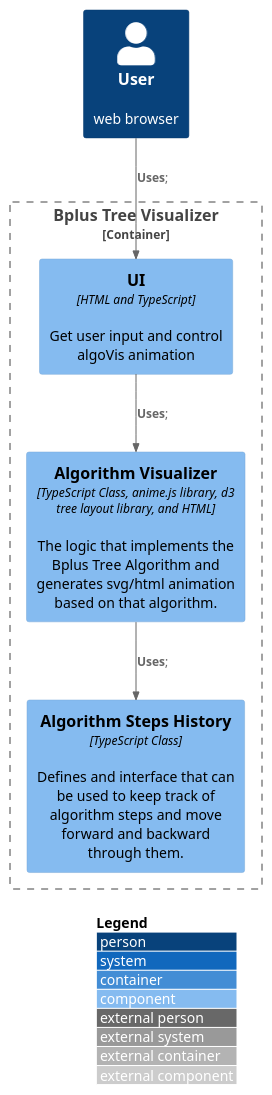
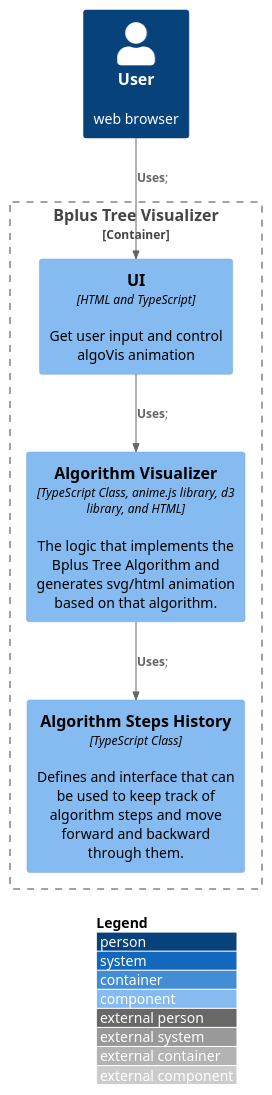
Before and after one commit to TreverHibbs/bplus-tree-vis: the diagram in c4Model/src/bplusTreeVisualizer.puml, drawn with PlantUML. The commit also changed 6 other files, not shown here.

```diff
--- a/c4Model/src/bplusTreeVisualizer.puml
+++ b/c4Model/src/bplusTreeVisualizer.puml
@@ -1,20 +1,20 @@
 @startuml bplusTreeVisualizer
 !include https://raw.githubusercontent.com/adrianvlupu/C4-PlantUML/latest/C4_Component.puml
 
 LAYOUT_WITH_LEGEND()
 
 Person(User, "User", "web browser")
 
 Container_Boundary(webApp, "Bplus Tree Visualizer") {
     Component(UI, "UI", "HTML and TypeScript", "Get user input and control algoVis animation")
-    Component(algoVis, "Algorithm Visualizer", "TypeScript Class, anime.js library, d3 tree layout library, and HTML", "The logic that implements the Bplus Tree Algorithm and generates svg/html animation based on that algorithm.")
+    Component(algoVis, "Algorithm Visualizer", "TypeScript Class, anime.js library, d3 library, and HTML", "The logic that implements the Bplus Tree Algorithm and generates svg/html animation based on that algorithm.")
     ' Component(animationManager, "Animation Manager", "TypeScript Class/anime.js", "Keeps track of svg animation state and provides building blocks for animating a bplus tree.")
     Component(algoStepsHistory, "Algorithm Steps History", "TypeScript Class", "Defines and interface that can be used to keep track of algorithm steps and move forward and backward through them.")
 }
 
 Rel(UI, algoVis, "Uses");
 Rel(User, UI, "Uses");
 ' Rel(algoVis, animationManager, "Uses");
 Rel(algoVis, algoStepsHistory, "Uses");
 
 @enduml
```
